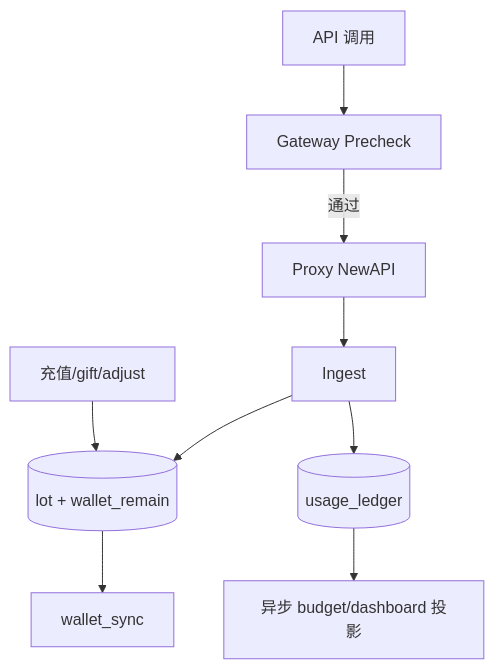
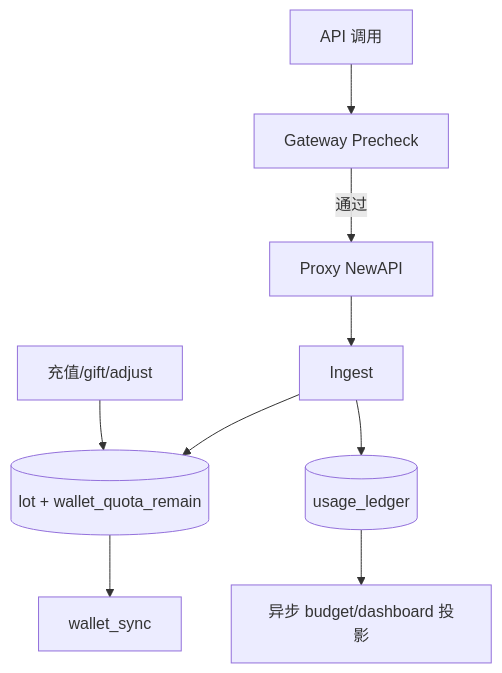
Before and after one commit to quyip8818/mytokenjoy: the third of 6 diagrams in docs/Backend-计费模式.md, drawn with Mermaid. The commit also changed other lines of this file and 43 other files, not shown here.

Commit message:
rename wallet_remain → wallet_quota_remain

````diff
--- a/docs/Backend-计费模式.md
+++ b/docs/Backend-计费模式.md
@@ -148,11 +148,11 @@
 ```mermaid
 flowchart TB
-  Credit[充值/gift/adjust] --> LOT[(lot + wallet_remain)]
+  Credit[充值/gift/adjust] --> LOT[(lot + wallet_quota_remain)]
   Call[API 调用] --> GW[Gateway Precheck]
   GW -->|通过| Proxy[Proxy NewAPI]
   Proxy --> ING[Ingest]
   ING --> LOT
   ING --> LED[(usage_ledger)]
   LED --> Proj[异步 budget/dashboard 投影]
   LOT --> Sync[wallet_sync]
 ```
````
